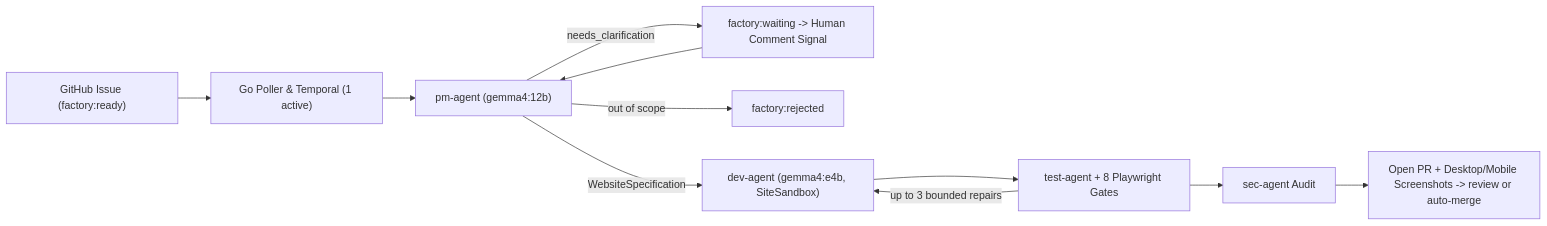
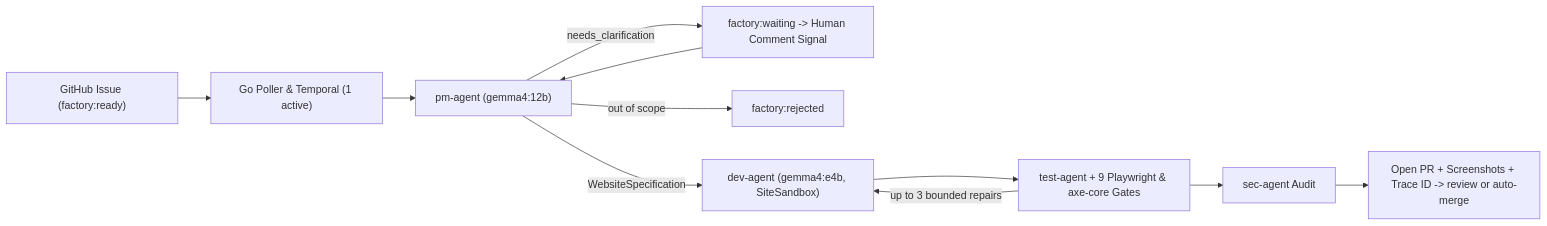
Before and after one commit to barbarosydev/ai-factory: the diagram in README.md, drawn with Mermaid. The commit also changed other lines of this file and 15 other files, not shown here.

````diff
--- a/README.md
+++ b/README.md
@@ -7,13 +7,13 @@
 ```mermaid
 flowchart LR
   ISS["GitHub Issue (factory:ready)"] --> POLL["Go Poller & Temporal (1 active)"]
   POLL --> PM["pm-agent (gemma4:12b)"]
   PM -->|needs_clarification| WAIT["factory:waiting -> Human Comment Signal"]
   WAIT --> PM
   PM -->|out of scope| REJ["factory:rejected"]
   PM -->|WebsiteSpecification| DEV["dev-agent (gemma4:e4b, SiteSandbox)"]
-  DEV --> TEST["test-agent + 8 Playwright Gates"]
+  DEV --> TEST["test-agent + 9 Playwright & axe-core Gates"]
   TEST -->|up to 3 bounded repairs| DEV
   TEST --> SEC["sec-agent Audit"]
-  SEC --> PR["Open PR + Desktop/Mobile Screenshots -> review or auto-merge"]
+  SEC --> PR["Open PR + Screenshots + Trace ID -> review or auto-merge"]
 ```
````
